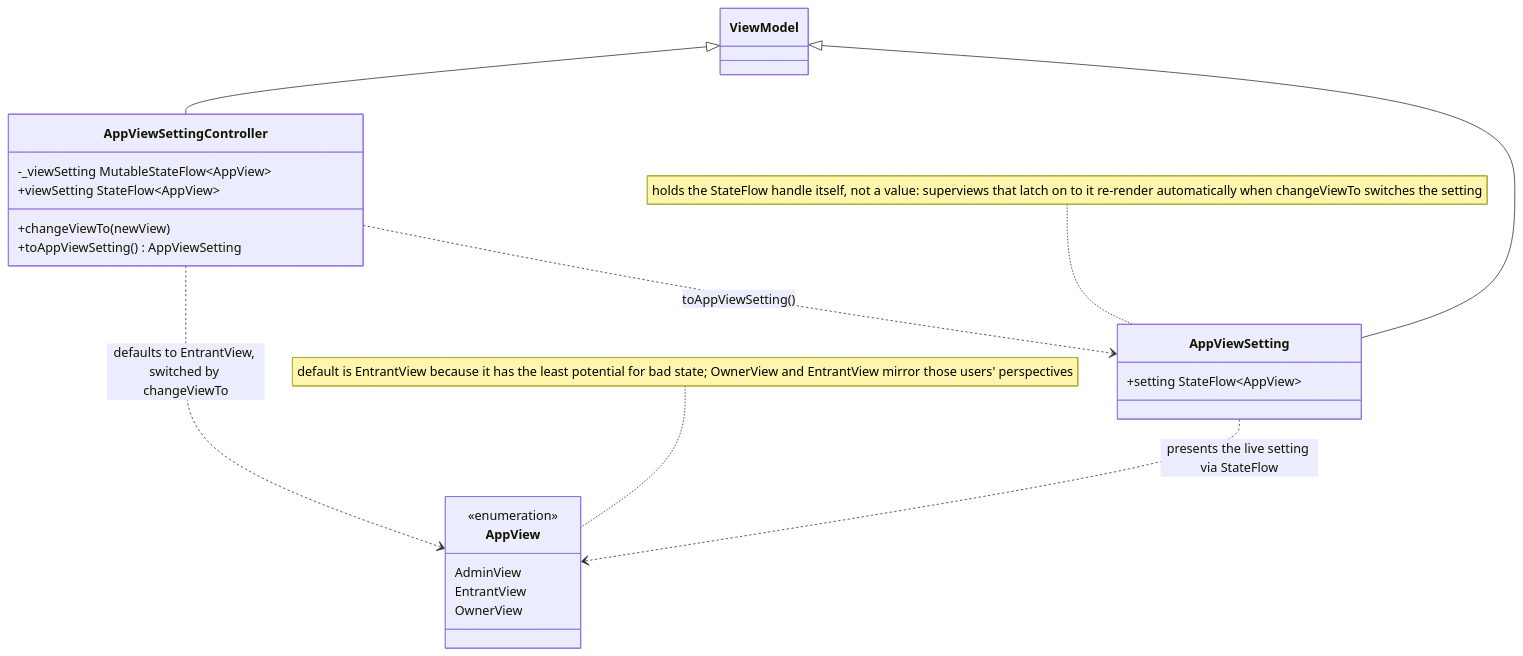
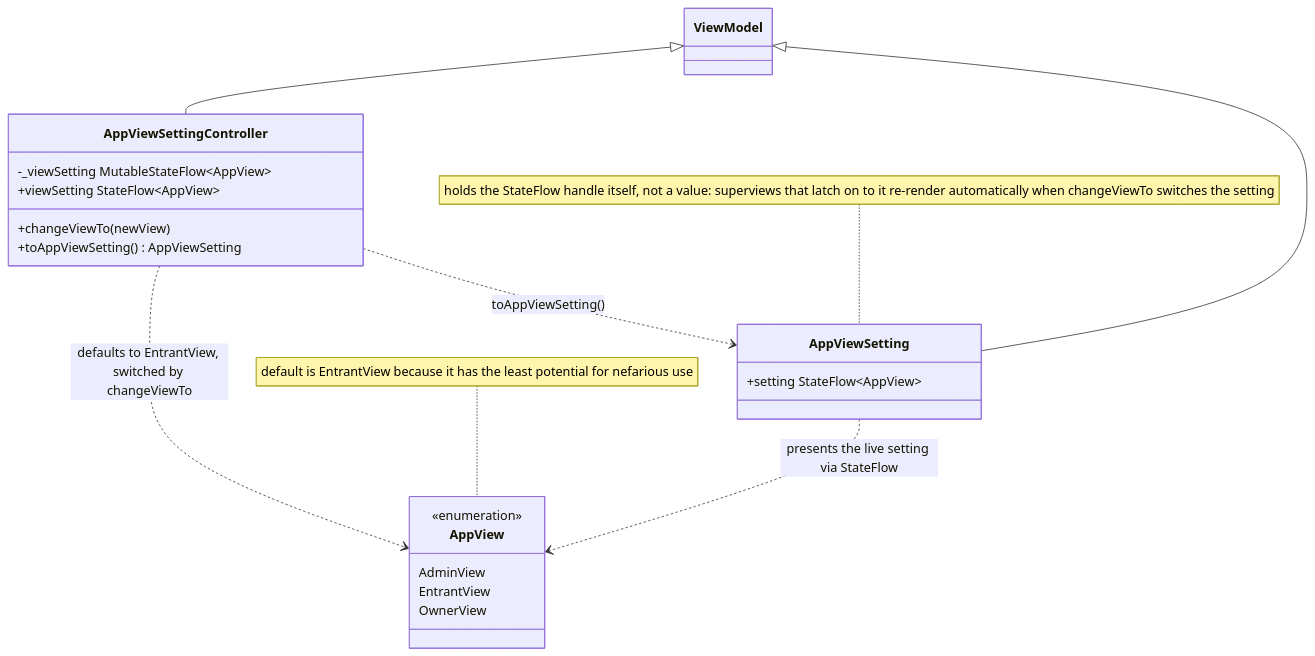
Before and after one commit to Quaser301/quasar-flow: the diagram in documentation/AppSettings.md, drawn with Mermaid.

Commit message:
Updated Notes the AI got wrong

````diff
--- a/documentation/AppSettings.md
+++ b/documentation/AppSettings.md
@@ -7,32 +7,32 @@
 ```mermaid
 classDiagram
     class ViewModel
 
     class AppView {
         <<enumeration>>
         AdminView
         EntrantView
         OwnerView
     }
 
     class AppViewSettingController {
         -_viewSetting MutableStateFlow~AppView~
         +viewSetting StateFlow~AppView~
         +changeViewTo(newView)
         +toAppViewSetting() AppViewSetting
     }
 
     class AppViewSetting {
         +setting StateFlow~AppView~
     }
 
     ViewModel <|-- AppViewSettingController
     ViewModel <|-- AppViewSetting
 
     AppViewSettingController ..> AppView : defaults to EntrantView, switched by changeViewTo
     AppViewSettingController ..> AppViewSetting : toAppViewSetting()
     AppViewSetting ..> AppView : presents the live setting via StateFlow
 
     note for AppViewSetting "holds the StateFlow handle itself, not a value: superviews that latch on to it re-render automatically when changeViewTo switches the setting"
-    note for AppView "default is EntrantView because it has the least potential for bad state; OwnerView and EntrantView mirror those users' perspectives"
+    note for AppView "default is EntrantView because it has the least potential for nefarious use"
 ```
````
